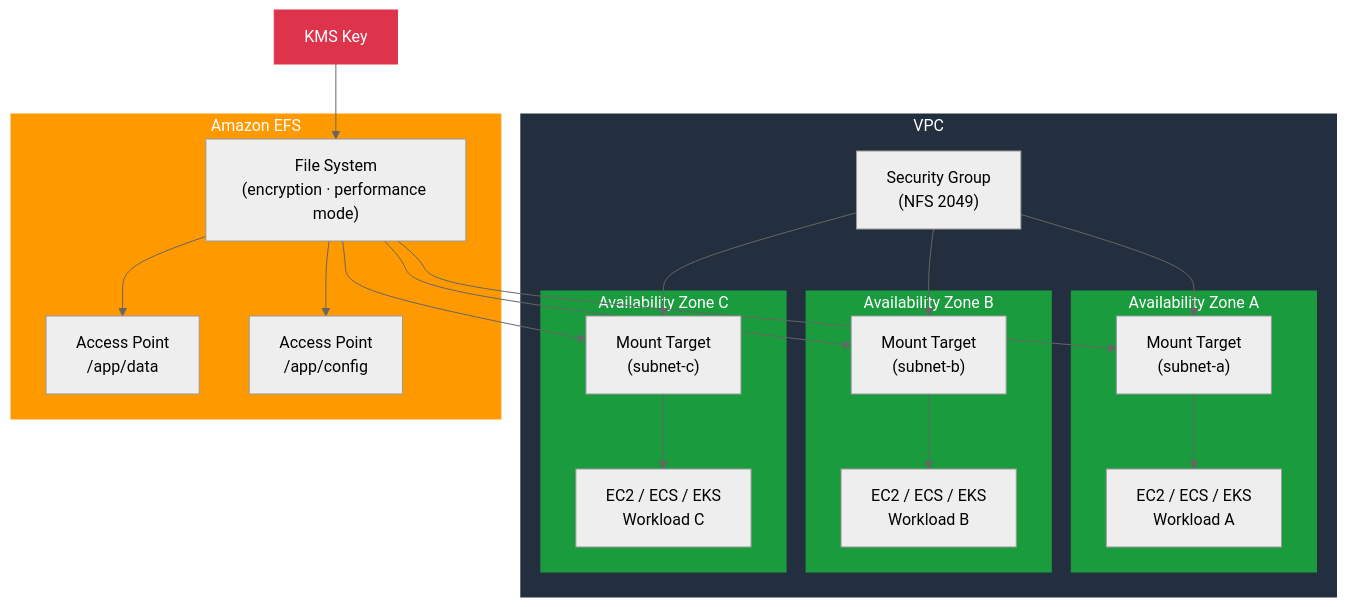
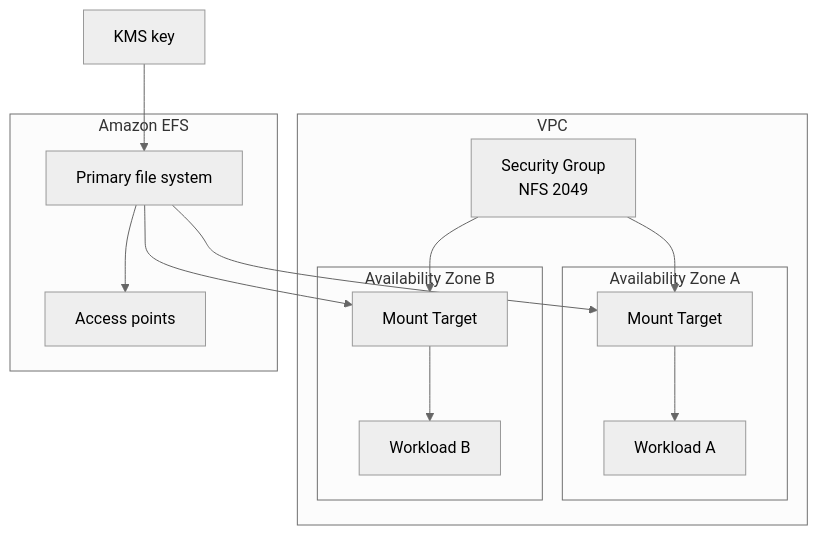
One commit to shaikis/golden_modules changed the first of 3 diagrams in tf-aws-efs/README.md. Above: the diagram before and after it, drawn with Mermaid (neutral theme). The commit also changed other lines of this file and 21 other files, not shown here.

````diff
--- a/tf-aws-efs/README.md
+++ b/tf-aws-efs/README.md
@@ -9,46 +38,28 @@
 ```mermaid
 graph TB
     subgraph VPC["VPC"]
         subgraph AZ1["Availability Zone A"]
-            MT1["Mount Target\n(subnet-a)"]
-            EC2A["EC2 / ECS / EKS\nWorkload A"]
+            MT1["Mount Target"]
+            W1["Workload A"]
         end
         subgraph AZ2["Availability Zone B"]
-            MT2["Mount Target\n(subnet-b)"]
-            EC2B["EC2 / ECS / EKS\nWorkload B"]
+            MT2["Mount Target"]
+            W2["Workload B"]
         end
-        subgraph AZ3["Availability Zone C"]
-            MT3["Mount Target\n(subnet-c)"]
-            EC2C["EC2 / ECS / EKS\nWorkload C"]
-        end
-        SG["Security Group\n(NFS 2049)"]
+        SG["Security Group<br/>NFS 2049"]
     end
 
     subgraph EFS["Amazon EFS"]
-        FS["File System\n(encryption · performance mode)"]
-        AP1["Access Point\n/app/data"]
-        AP2["Access Point\n/app/config"]
+        FS["Primary file system"]
+        AP["Access points"]
     end
 
-    KMS["KMS Key"]
-
-    KMS --> FS
+    KMS["KMS key"] --> FS
     FS --> MT1
     FS --> MT2
-    FS --> MT3
     SG --> MT1
     SG --> MT2
-    SG --> MT3
-    MT1 --> EC2A
-    MT2 --> EC2B
-    MT3 --> EC2C
-    FS --> AP1
-    FS --> AP2
-
-    style VPC fill:#232F3E,color:#fff,stroke:#232F3E
-    style EFS fill:#FF9900,color:#fff,stroke:#FF9900
-    style KMS fill:#DD344C,color:#fff,stroke:#DD344C
-    style AZ1 fill:#1A9C3E,color:#fff,stroke:#1A9C3E
-    style AZ2 fill:#1A9C3E,color:#fff,stroke:#1A9C3E
-    style AZ3 fill:#1A9C3E,color:#fff,stroke:#1A9C3E
+    MT1 --> W1
+    MT2 --> W2
+    FS --> AP
 ```
````
